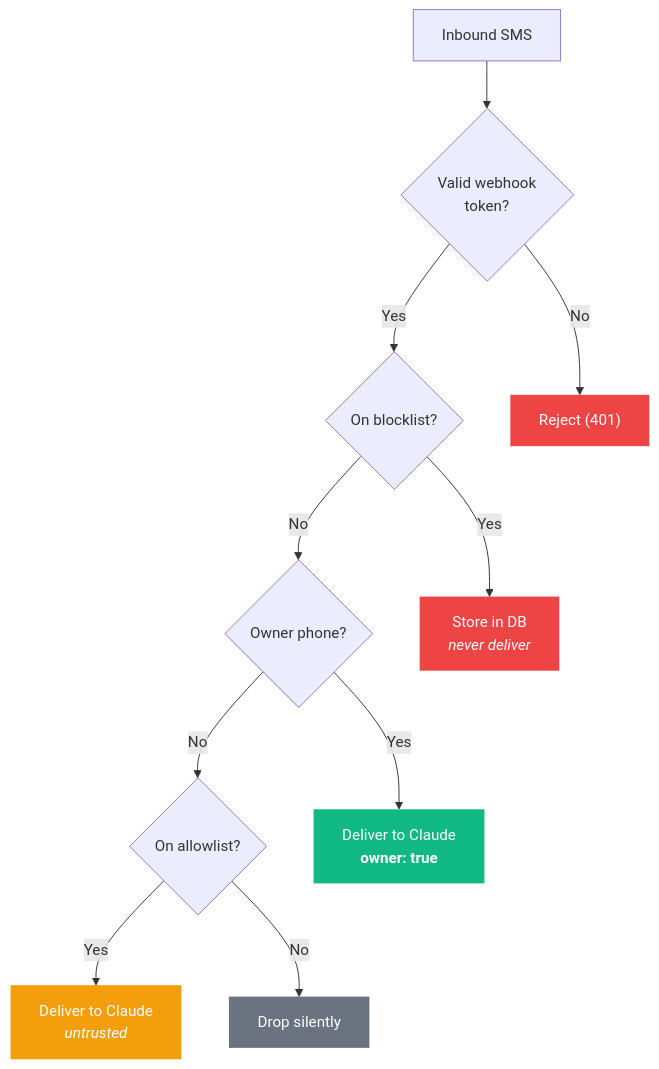
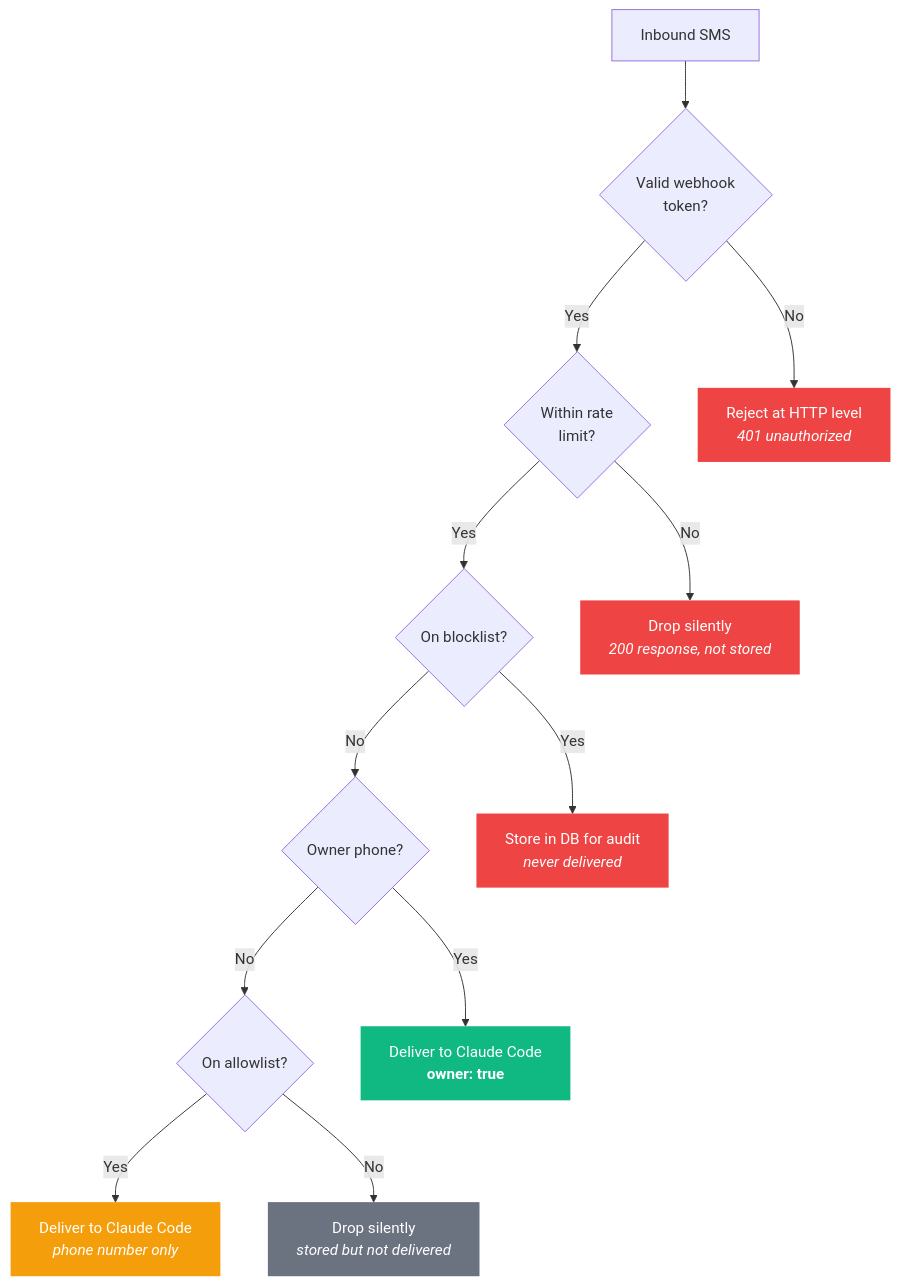
One commit to mattstein111/claude-code-sms changed the second of 3 diagrams in README.md. Above: the diagram before and after it, drawn with Mermaid. The commit also changed other lines of this file, not shown here.

````diff
--- a/README.md
+++ b/README.md
@@ -59,29 +64,34 @@
 ```mermaid
 flowchart TD
     Inbound["Inbound SMS"]
     TokenCheck{"Valid webhook\ntoken?"}
+    RateCheck{"Within rate\nlimit?"}
     BlockCheck{"On blocklist?"}
     OwnerCheck{"Owner phone?"}
     AllowCheck{"On allowlist?"}
-    Reject["Reject (401)"]
-    Drop["Store in DB\n<i>never deliver</i>"]
-    Owner["Deliver to Claude\n<b>owner: true</b>"]
-    Untrusted["Deliver to Claude\n<i>untrusted</i>"]
-    Unknown["Drop silently"]
+    Reject["Reject at HTTP level\n<i>401 unauthorized</i>"]
+    RateDrop["Drop silently\n<i>200 response, not stored</i>"]
+    Block["Store in DB for audit\n<i>never delivered</i>"]
+    Owner["Deliver to Claude Code\n<b>owner: true</b>"]
+    Untrusted["Deliver to Claude Code\n<i>phone number only</i>"]
+    Unknown["Drop silently\n<i>stored but not delivered</i>"]
 
     Inbound --> TokenCheck
     TokenCheck -- "No" --> Reject
-    TokenCheck -- "Yes" --> BlockCheck
-    BlockCheck -- "Yes" --> Drop
+    TokenCheck -- "Yes" --> RateCheck
+    RateCheck -- "No" --> RateDrop
+    RateCheck -- "Yes" --> BlockCheck
+    BlockCheck -- "Yes" --> Block
     BlockCheck -- "No" --> OwnerCheck
     OwnerCheck -- "Yes" --> Owner
     OwnerCheck -- "No" --> AllowCheck
     AllowCheck -- "Yes" --> Untrusted
     AllowCheck -- "No" --> Unknown
 
     style Reject fill:#EF4444,color:#fff,stroke:none
-    style Drop fill:#EF4444,color:#fff,stroke:none
+    style RateDrop fill:#EF4444,color:#fff,stroke:none
+    style Block fill:#EF4444,color:#fff,stroke:none
     style Unknown fill:#6B7280,color:#fff,stroke:none
     style Owner fill:#10B981,color:#fff,stroke:none
     style Untrusted fill:#F59E0B,color:#fff,stroke:none
 ```
````
